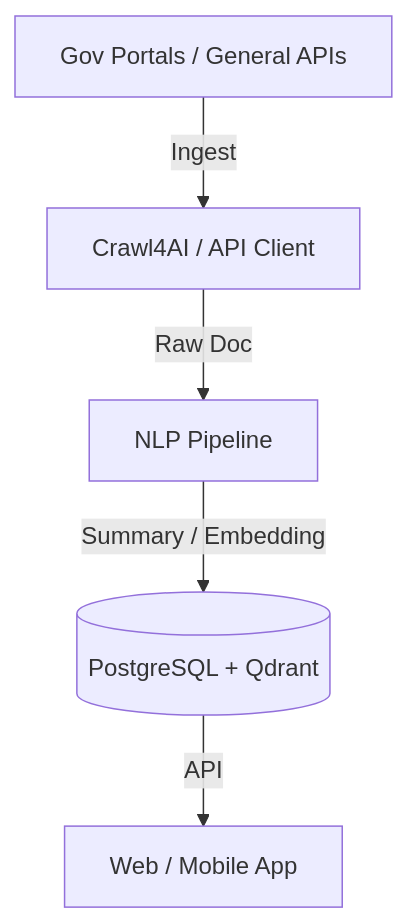
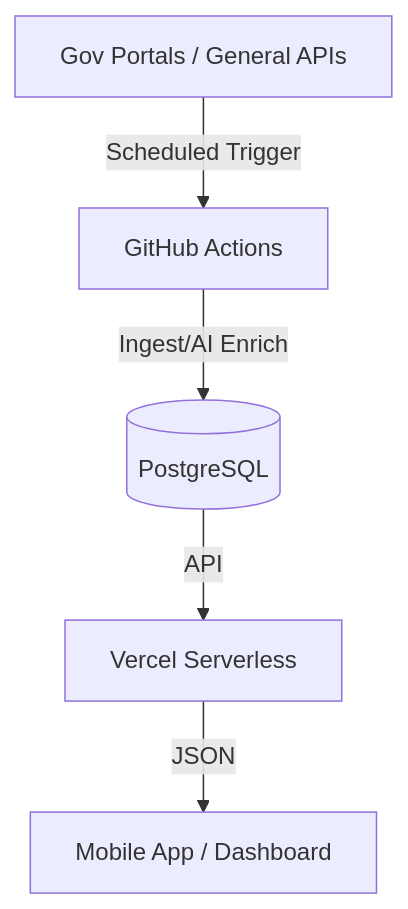
Before and after one commit to bhavik-mangla/aipulse-backend: the diagram in README.md, drawn with Mermaid. The commit also changed other lines of this file, not shown here.

Commit message:
docs: update README with serverless ingestion and zero-cost maintenance model

````diff
--- a/README.md
+++ b/README.md
@@ -68,7 +69,7 @@
 ```mermaid
 graph TD
-    Sources[Gov Portals / General APIs] -->|Ingest| Crawler[Crawl4AI / API Client]
-    Crawler -->|Raw Doc| Pipeline[NLP Pipeline]
-    Pipeline -->|Summary / Embedding| DB[(PostgreSQL + Qdrant)]
-    DB -->|API| Web[Web / Mobile App]
+    Sources[Gov Portals / General APIs] -->|Scheduled Trigger| GHA[GitHub Actions]
+    GHA -->|Ingest/AI Enrich| DB[(PostgreSQL)]
+    DB -->|API| Vercel[Vercel Serverless]
+    Vercel -->|JSON| App[Mobile App / Dashboard]
 ```
````
